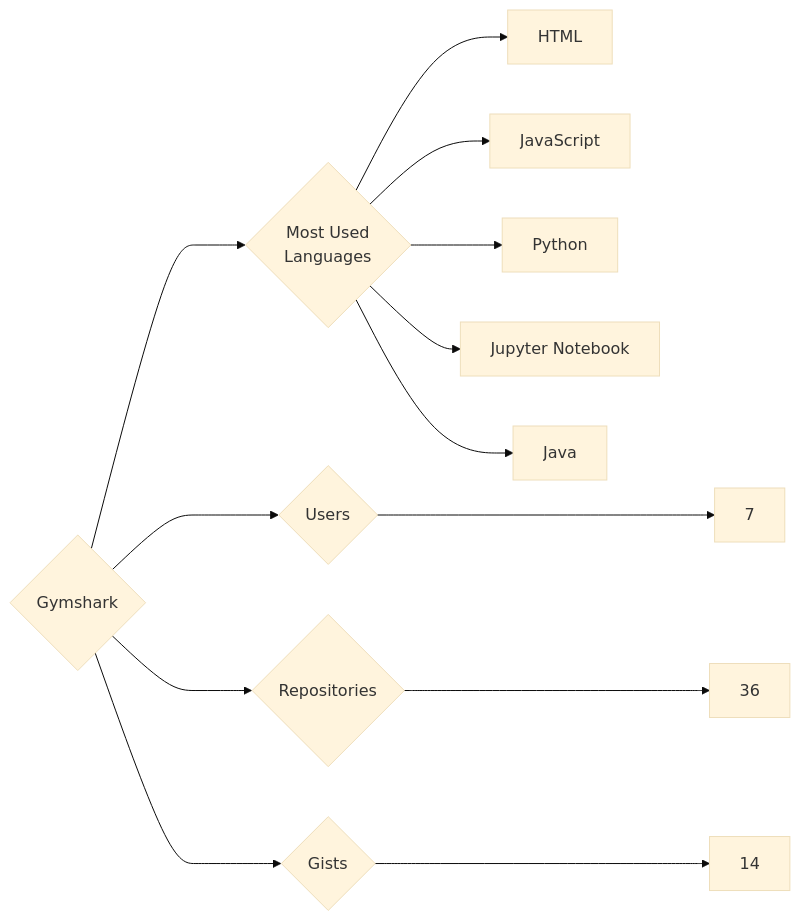
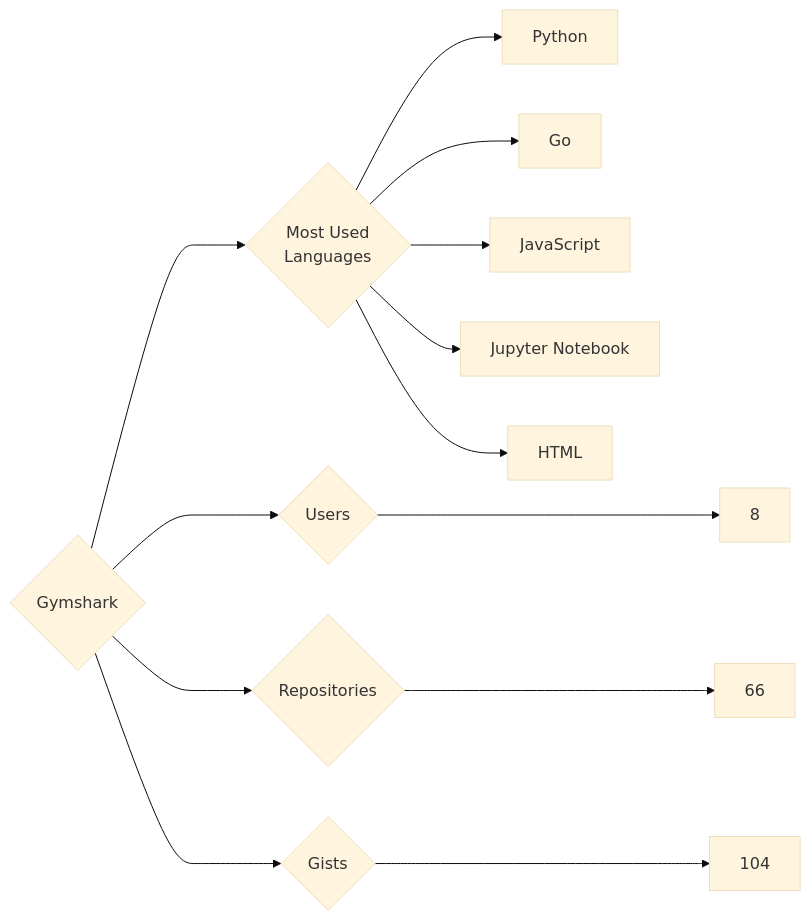
The diagram in targets/Gymshark/README.md (trickest/insiders), drawn with Mermaid (base theme) before and after one commit. The commit also changed 1123 other files, not shown here.

````diff
--- a/targets/Gymshark/README.md
+++ b/targets/Gymshark/README.md
@@ -3,13 +3,13 @@
 ```mermaid
 graph LR
 COMPANY_NAME{Gymshark}
-COMPANY_NAME ---> U{Users} ---> UN[7]
-COMPANY_NAME ---> R{Repositories} ---> RN[36]
-COMPANY_NAME ---> G{Gists} ---> GN[14]
+COMPANY_NAME ---> U{Users} ---> UN[8]
+COMPANY_NAME ---> R{Repositories} ---> RN[66]
+COMPANY_NAME ---> G{Gists} ---> GN[104]
 COMPANY_NAME ---> ML{Most Used<br>Languages}
+ML --> Python[Python]
+ML --> Go[Go]
+ML --> JavaScript[JavaScript]
+ML --> Jupyter_Notebook[Jupyter Notebook]
 ML --> HTML[HTML]
-ML --> JavaScript[JavaScript]
-ML --> Python[Python]
-ML --> Jupyter_Notebook[Jupyter Notebook]
-ML --> Java[Java]
 ```
````
